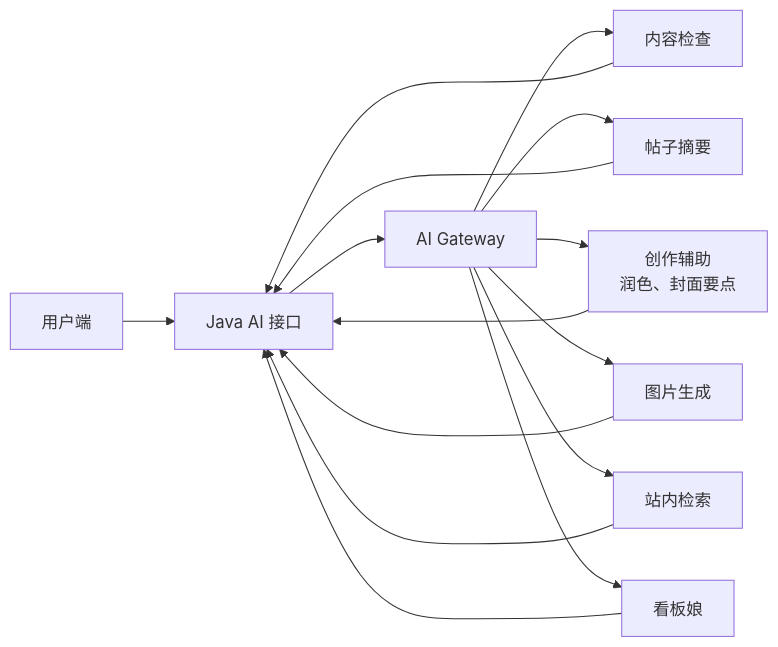
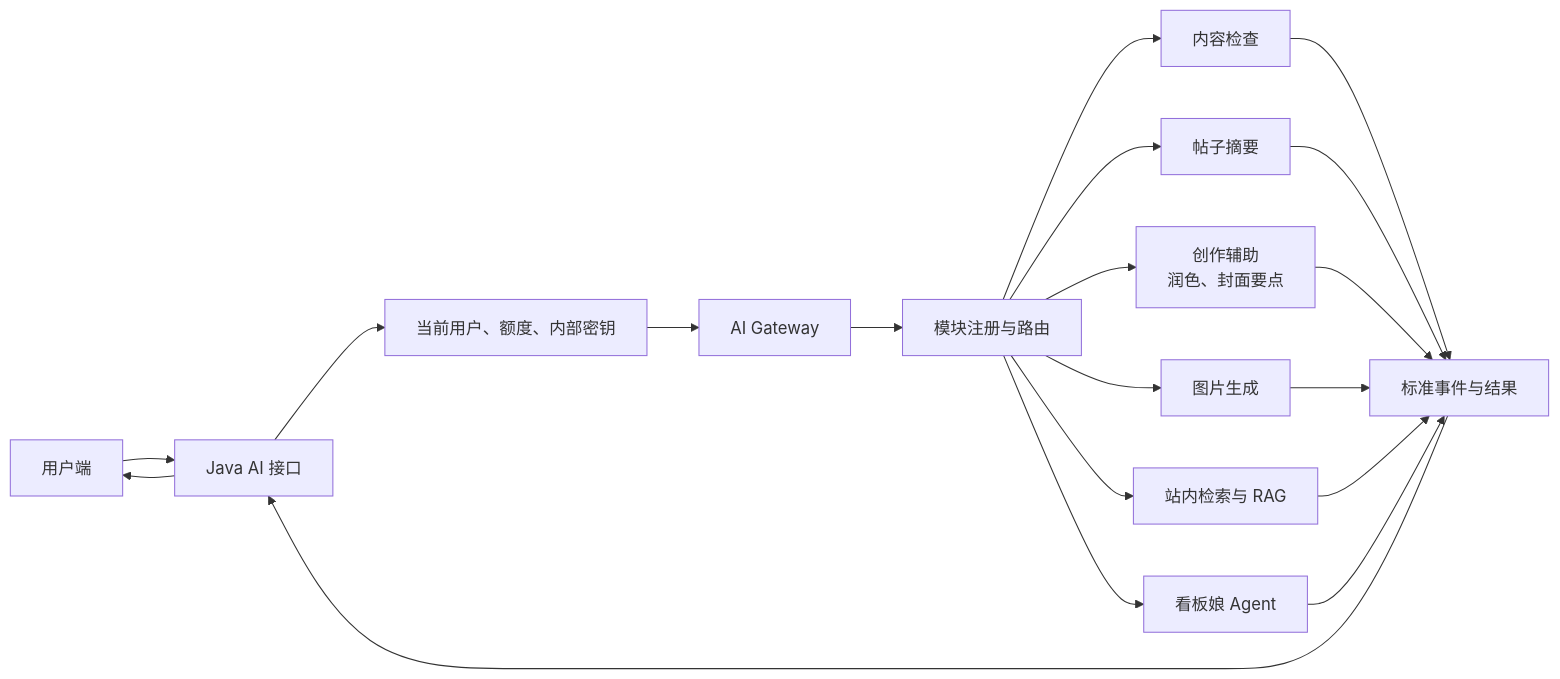
Before and after one commit to pluchon/mengmeng_forum: the eighth of 13 diagrams in README.md, drawn with Mermaid. The commit also changed other lines of this file, not shown here.

Commit message:
docs: 细化项目模块流程图

````diff
--- a/README.md
+++ b/README.md
@@ -150,17 +174,21 @@
 ```mermaid
 flowchart LR
   FE["用户端"] --> J["Java AI 接口"]
-  J --> G["AI Gateway"]
-  G --> M["内容检查"]
-  G --> S["帖子摘要"]
-  G --> C["创作辅助\n润色、封面要点"]
-  G --> I["图片生成"]
-  G --> R["站内检索"]
-  G --> K["看板娘"]
-  M --> J
-  S --> J
-  C --> J
-  I --> J
-  R --> J
-  K --> J
+  J --> AUTH["当前用户、额度、内部密钥"]
+  AUTH --> G["AI Gateway"]
+  G --> ROUTE["模块注册与路由"]
+  ROUTE --> MOD["内容检查"]
+  ROUTE --> SUM["帖子摘要"]
+  ROUTE --> CRE["创作辅助<br/>润色、封面要点"]
+  ROUTE --> IMG["图片生成"]
+  ROUTE --> SEARCH["站内检索与 RAG"]
+  ROUTE --> MASCOT["看板娘 Agent"]
+  MOD --> RESULT["标准事件与结果"]
+  SUM --> RESULT
+  CRE --> RESULT
+  IMG --> RESULT
+  SEARCH --> RESULT
+  MASCOT --> RESULT
+  RESULT --> J
+  J --> FE
 ```
````
